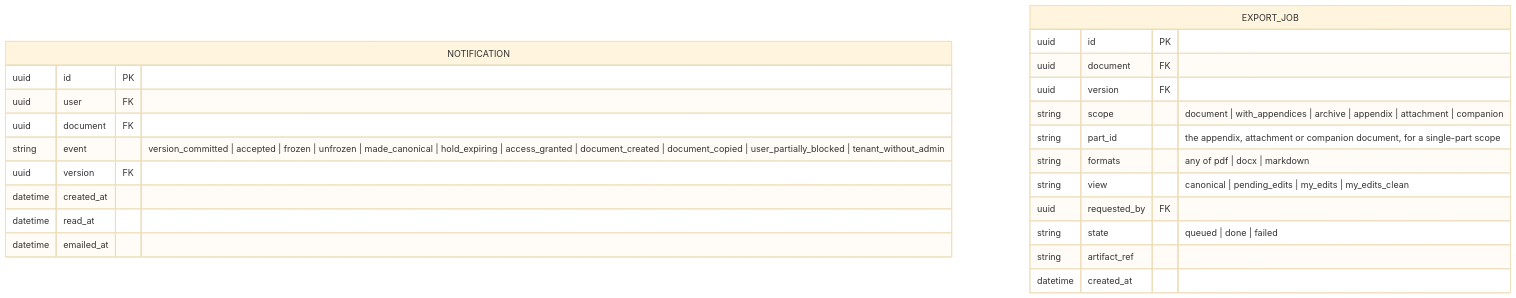
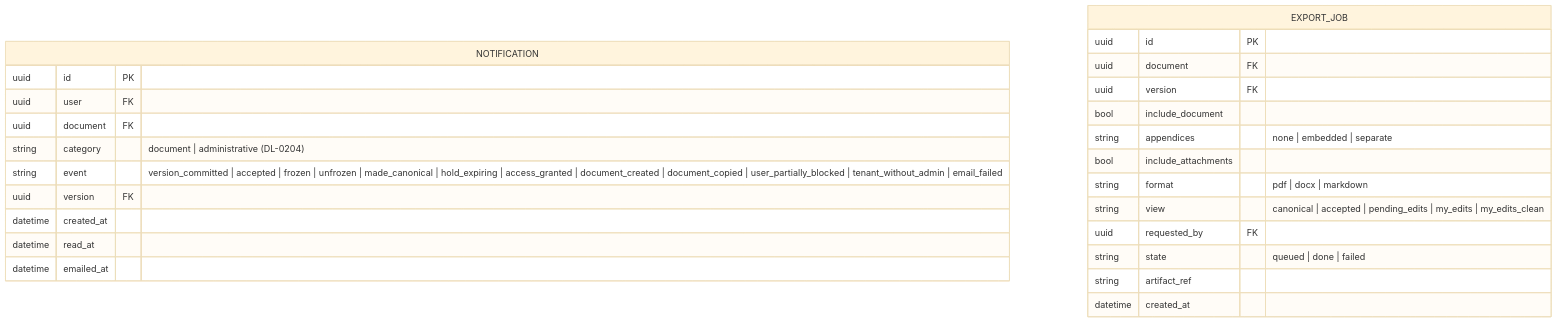
Before and after one commit to Oleksii-Zagorskyi/syngraphe: the fifth of 5 diagrams in docs/data-model.md, drawn with Mermaid (base theme). The commit also changed other lines of this file and 13 other files, not shown here.

````diff
--- a/docs/data-model.md
+++ b/docs/data-model.md
@@ -415,26 +464,28 @@
 ```mermaid
 erDiagram
     NOTIFICATION {
         uuid id PK
         uuid user FK
         uuid document FK
-        string event "version_committed | accepted | frozen | unfrozen | made_canonical | hold_expiring | access_granted | document_created | document_copied | user_partially_blocked | tenant_without_admin"
+        string category "document | administrative (DL-0204)"
+        string event "version_committed | accepted | frozen | unfrozen | made_canonical | hold_expiring | access_granted | document_created | document_copied | user_partially_blocked | tenant_without_admin | email_failed"
         uuid version FK
         datetime created_at
         datetime read_at
         datetime emailed_at
     }
     EXPORT_JOB {
         uuid id PK
         uuid document FK
         uuid version FK
-        string scope "document | with_appendices | archive | appendix | attachment | companion"
-        string part_id "the appendix, attachment or companion document, for a single-part scope"
-        string formats "any of pdf | docx | markdown"
-        string view "canonical | pending_edits | my_edits | my_edits_clean"
+        bool include_document
+        string appendices "none | embedded | separate"
+        bool include_attachments
+        string format "pdf | docx | markdown"
+        string view "canonical | accepted | pending_edits | my_edits | my_edits_clean"
         uuid requested_by FK
         string state "queued | done | failed"
         string artifact_ref
         datetime created_at
     }
 ```
````
